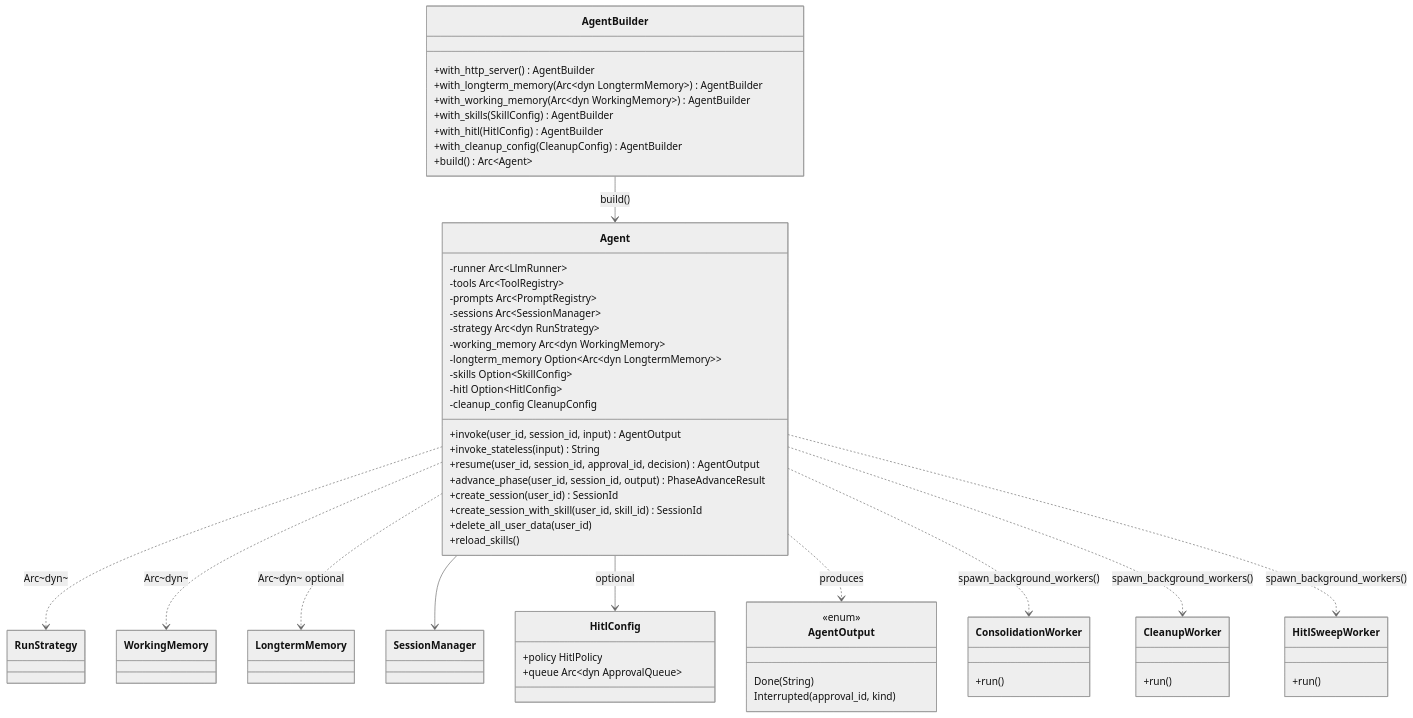
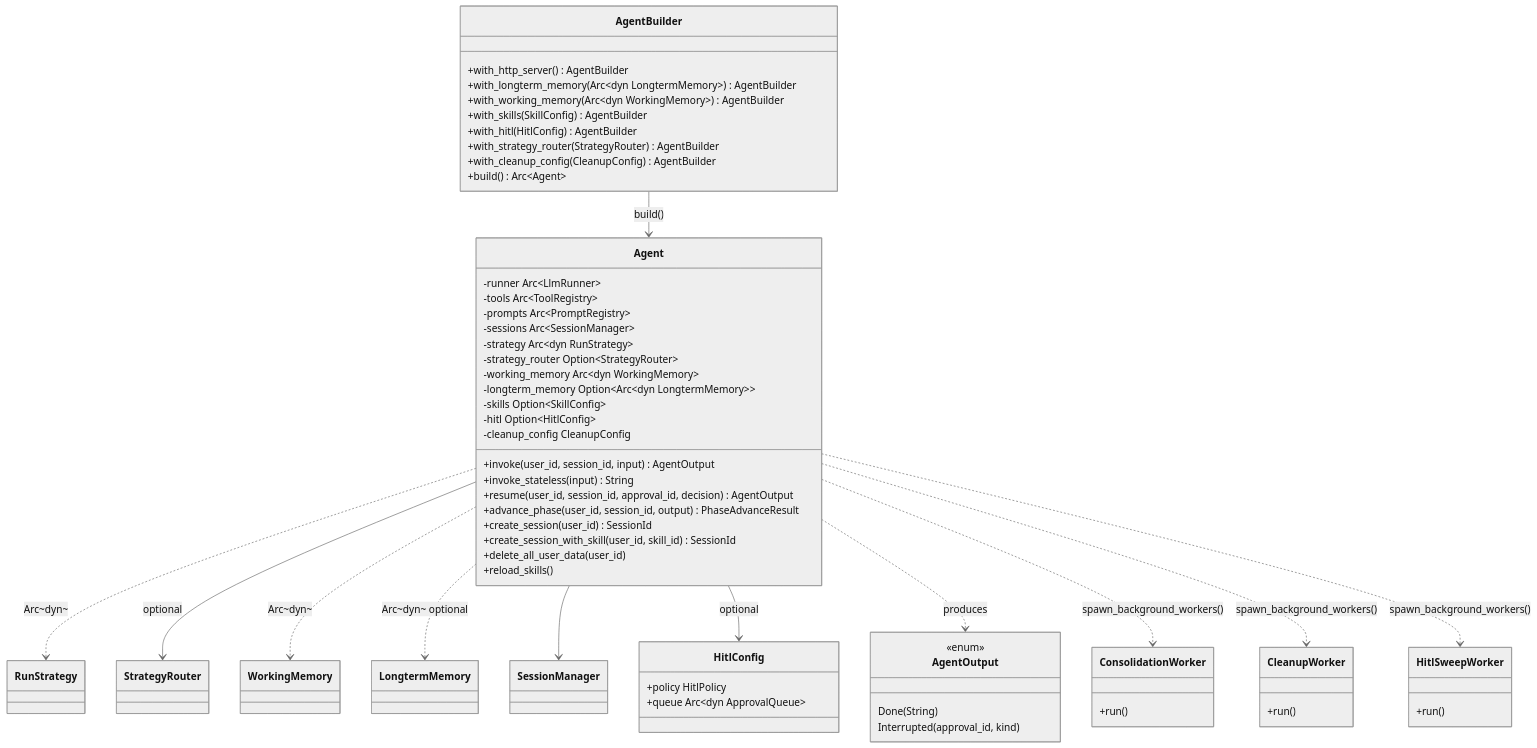
The diagram in wiki/agent.md (sirius-zuo/agentverse), drawn with Mermaid (neutral theme) before and after one commit. The commit also changed other lines of this file and 10 other files, not shown here.

Commit message:
feat(agent): wire strategy router into builder

````diff
--- a/wiki/agent.md
+++ b/wiki/agent.md
@@ -47,63 +51,66 @@
 ```mermaid
 classDiagram
     class Agent {
         -runner Arc~LlmRunner~
         -tools Arc~ToolRegistry~
         -prompts Arc~PromptRegistry~
         -sessions Arc~SessionManager~
         -strategy Arc~dyn RunStrategy~
+        -strategy_router Option~StrategyRouter~
         -working_memory Arc~dyn WorkingMemory~
         -longterm_memory Option~Arc~dyn LongtermMemory~~
         -skills Option~SkillConfig~
         -hitl Option~HitlConfig~
         -cleanup_config CleanupConfig
         +invoke(user_id, session_id, input) AgentOutput
         +invoke_stateless(input) String
         +resume(user_id, session_id, approval_id, decision) AgentOutput
         +advance_phase(user_id, session_id, output) PhaseAdvanceResult
         +create_session(user_id) SessionId
         +create_session_with_skill(user_id, skill_id) SessionId
         +delete_all_user_data(user_id)
         +reload_skills()
     }
     class AgentBuilder {
         +with_http_server() AgentBuilder
         +with_longterm_memory(Arc~dyn LongtermMemory~) AgentBuilder
         +with_working_memory(Arc~dyn WorkingMemory~) AgentBuilder
         +with_skills(SkillConfig) AgentBuilder
         +with_hitl(HitlConfig) AgentBuilder
+        +with_strategy_router(StrategyRouter) AgentBuilder
         +with_cleanup_config(CleanupConfig) AgentBuilder
         +build() Arc~Agent~
     }
     AgentBuilder --> Agent : build()
     Agent ..> RunStrategy : Arc~dyn~
+    Agent --> StrategyRouter : optional
     Agent ..> WorkingMemory : Arc~dyn~
     Agent ..> LongtermMemory : Arc~dyn~ optional
     Agent --> SessionManager
     Agent --> HitlConfig : optional
 
     class HitlConfig {
         +policy HitlPolicy
         +queue Arc~dyn ApprovalQueue~
     }
 
     class AgentOutput {
         <<enum>>
         Done(String)
         Interrupted(approval_id, kind)
     }
     Agent ..> AgentOutput : produces
 
     class ConsolidationWorker {
         +run()
     }
     class CleanupWorker {
         +run()
     }
     class HitlSweepWorker {
         +run()
     }
     Agent ..> ConsolidationWorker : spawn_background_workers()
     Agent ..> CleanupWorker : spawn_background_workers()
     Agent ..> HitlSweepWorker : spawn_background_workers()
 ```
````
